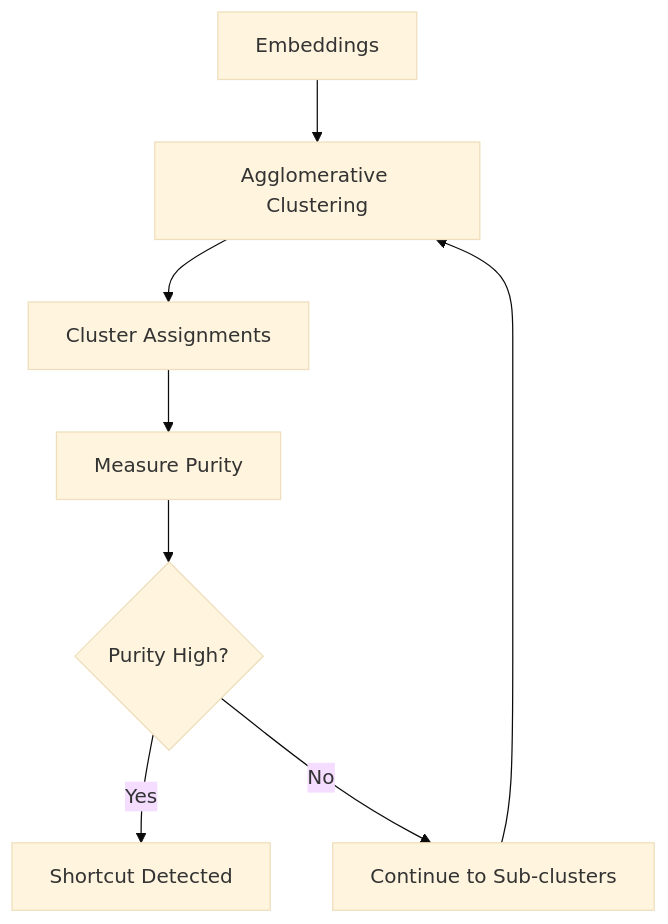
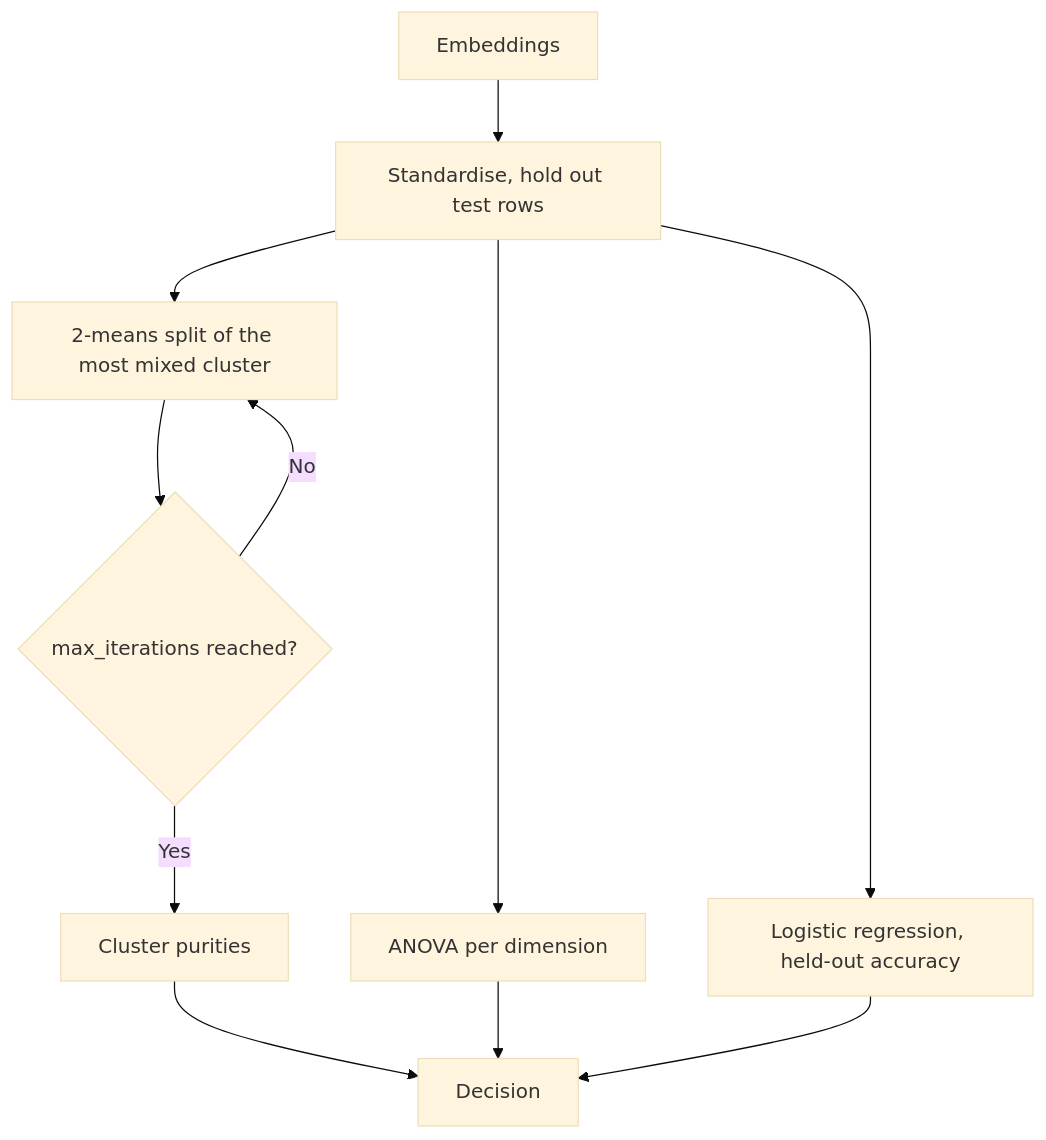
One commit to criticaldata/ShortKit-ML changed the diagram in docs/methods/hbac.md. Above: the diagram before and after it, drawn with Mermaid (base theme). The commit also changed other lines of this file and 92 other files, not shown here.

````diff
--- a/docs/methods/hbac.md
+++ b/docs/methods/hbac.md
@@ -14,10 +15,13 @@
 ```mermaid
 graph TD
-    A[Embeddings] --> B[Agglomerative Clustering]
-    B --> C[Cluster Assignments]
-    C --> D[Measure Purity]
-    D --> E{Purity High?}
-    E -->|Yes| F[Shortcut Detected]
-    E -->|No| G[Continue to Sub-clusters]
-    G --> B
+    A[Embeddings] --> B[Standardise, hold out test rows]
+    B --> C[2-means split of the most mixed cluster]
+    C --> D{max_iterations reached?}
+    D -->|No| C
+    D -->|Yes| E[Cluster purities]
+    B --> F[ANOVA per dimension]
+    B --> G[Logistic regression, held-out accuracy]
+    E --> H[Decision]
+    F --> H
+    G --> H
 ```
````
